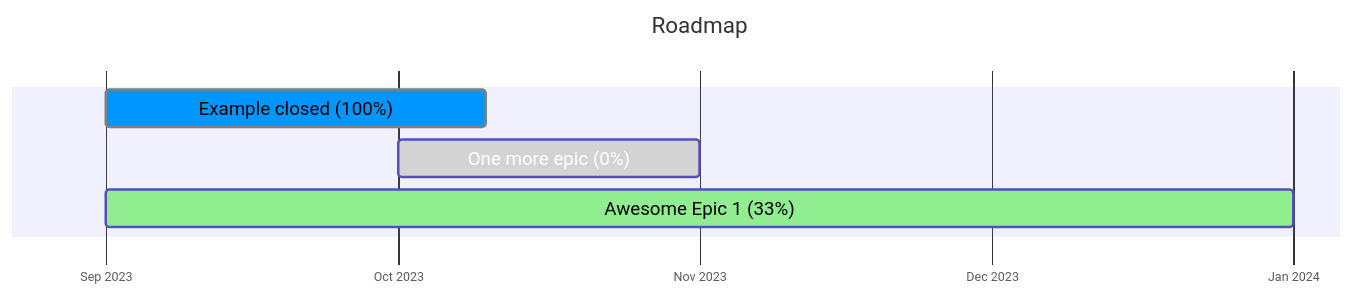
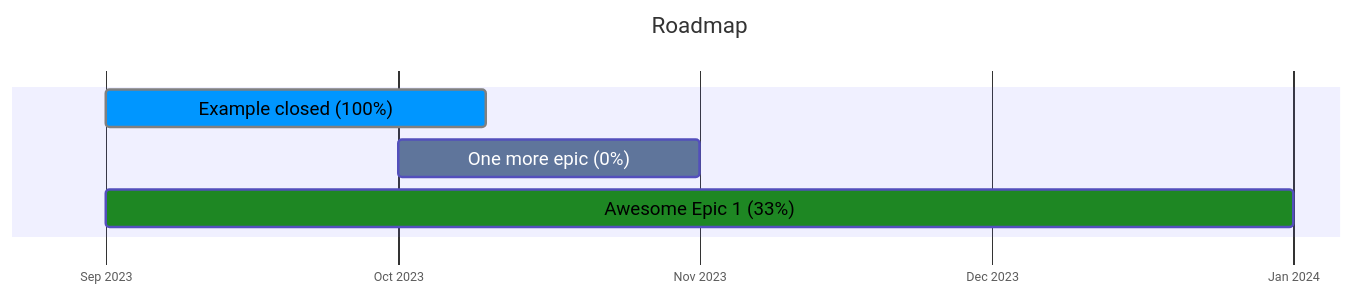
Before and after one commit to slamdev/sample-repo: the diagram in README.md, drawn with Mermaid.

````diff
--- a/README.md
+++ b/README.md
@@ -4,27 +4,27 @@
 ```mermaid
 %%{
   init: {
     'gantt': {
      'fontSize': 15,
      'barHeight': 30,
      'barGap': 10,
      'topPadding': 70,
      'gridLineStartPadding': 35,
      'topAxis': false
     },
     'themeVariables': {
-      'activeTaskBkgColor': '#90EE90',
+      'activeTaskBkgColor': '#1E8723',
       'doneTaskBkgColor': '#0096FF',
-      'taskBkgColor': '#D3D3D3'
+      'taskBkgColor': '#5F759B'
     }
   }
 }%%
 gantt
     title Roadmap
     dateFormat YYYY-MM-DD
     tickInterval 1month
     axisFormat %b %Y
     Example closed (100%) :done, 2023-09-01, 2023-10-10
     One more epic (0%) : 2023-10-01, 2023-11-01
     Awesome Epic 1 (33%) :active, 2023-09-01, 2024-01-01
 ```
````
